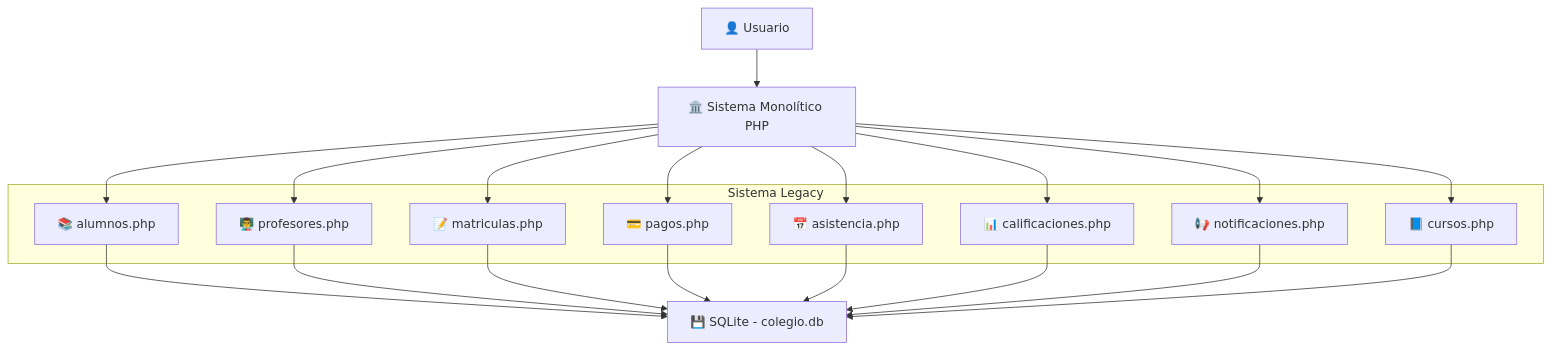
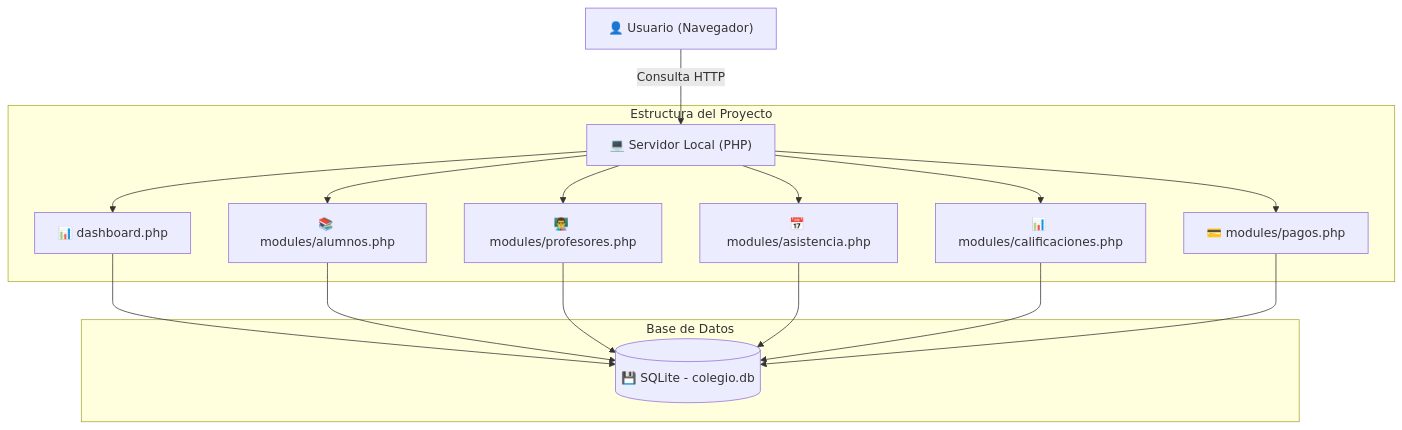
One commit to CeleCH/Sistema-Legacy- changed the first of 3 diagrams in README.md. Above: the diagram before and after it, drawn with Mermaid. The commit also changed other lines of this file and 6 other files, not shown here.

Commit message:
Actualización del sistema legacy

````diff
--- a/README.md
+++ b/README.md
@@ -62,34 +37,22 @@
 ```mermaid
 graph TD
-
-    USER["👤 Usuario"] --> APP["🏛️ Sistema Monolítico PHP"]
-
-    subgraph Monolito["Sistema Legacy"]
-        A["📚 alumnos.php"]
-        B["👨‍🏫 profesores.php"]
-        C["📝 matriculas.php"]
-        D["💳 pagos.php"]
-        E["📅 asistencia.php"]
-        F["📊 calificaciones.php"]
-        G["📢 notificaciones.php"]
-        H["📘 cursos.php"]
+    USER["👤 Usuario (Navegador)"] -->|Consulta HTTP| SRV["💻 Servidor Local (PHP)"]
+    
+    subgraph Monolito["Estructura del Proyecto"]
+        SRV --> DSH["📊 dashboard.php"]
+        SRV --> AL["📚 modules/alumnos.php"]
+        SRV --> PR["👨‍🏫 modules/profesores.php"]
+        SRV --> AS["📅 modules/asistencia.php"]
+        SRV --> CA["📊 modules/calificaciones.php"]
+        SRV --> PA["💳 modules/pagos.php"]
     end
 
-    APP --> A
-    APP --> B
-    APP --> C
-    APP --> D
-    APP --> E
-    APP --> F
-    APP --> G
-    APP --> H
-
-    A --> DB["💾 SQLite - colegio.db"]
-    B --> DB
-    C --> DB
-    D --> DB
-    E --> DB
-    F --> DB
-    G --> DB
-    H --> DB
+    subgraph Data["Base de Datos"]
+        DSH --> DB[("💾 SQLite - colegio.db")]
+        AL --> DB
+        PR --> DB
+        AS --> DB
+        CA --> DB
+        PA --> DB
+    end
 ```
````
